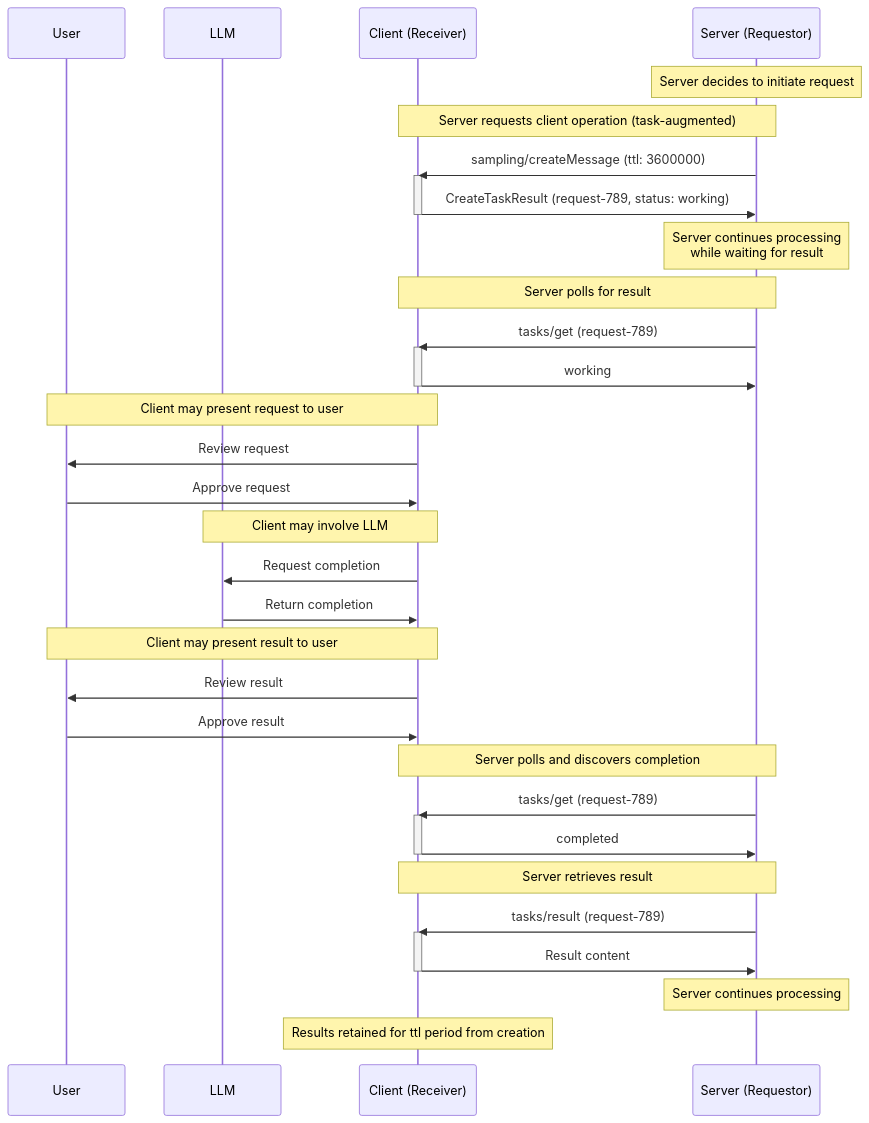
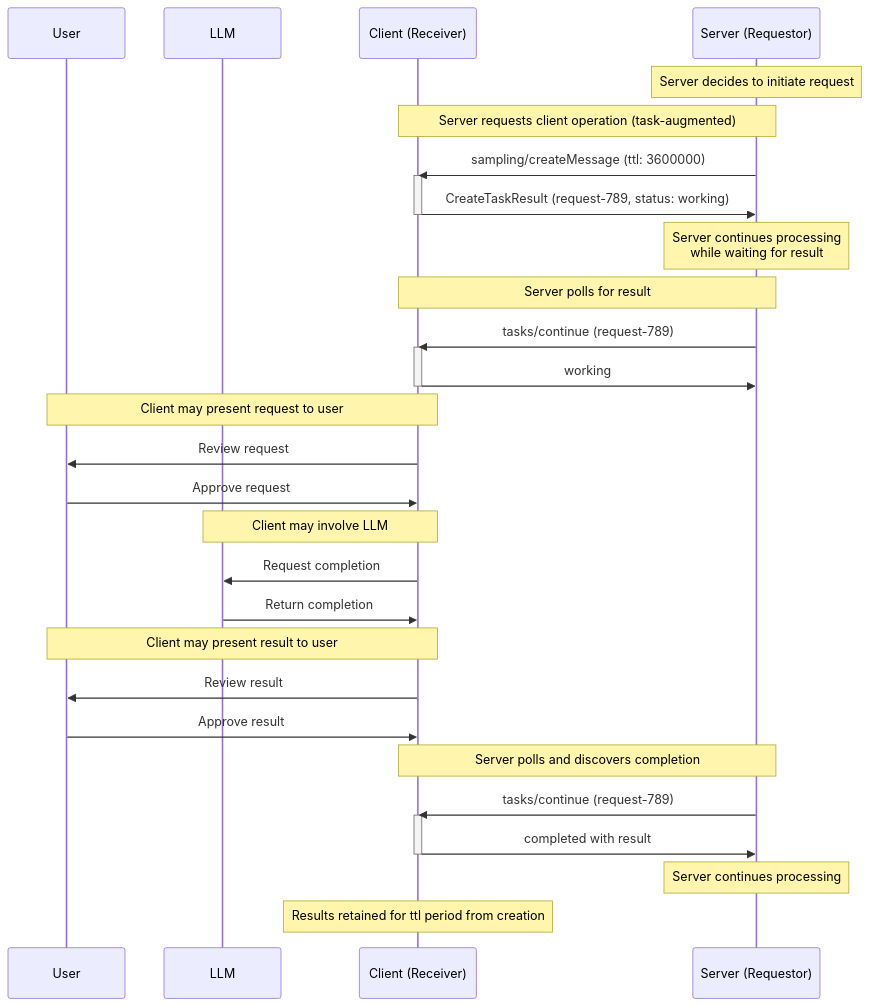
The fourth of 5 diagrams in docs/specification/draft/basic/utilities/tasks.mdx (modelcontextprotocol/modelcontextprotocol), drawn with Mermaid before and after one commit. The commit also changed other lines of this file and 4 other files, not shown here.

````diff
--- a/docs/specification/draft/basic/utilities/tasks.mdx
+++ b/docs/specification/draft/basic/utilities/tasks.mdx
@@ -615,51 +597,45 @@
 ```mermaid
 sequenceDiagram
     participant U as User
     participant LLM
     participant C as Client (Receiver)
     participant S as Server (Requestor)
 
     Note over S: Server decides to initiate request
 
     Note over S,C: Server requests client operation (task-augmented)
     S->>C: sampling/createMessage (ttl: 3600000)
     activate C
     C->>S: CreateTaskResult (request-789, status: working)
     deactivate C
 
     Note over S: Server continues processing<br/>while waiting for result
 
     Note over S,C: Server polls for result
-    S->>C: tasks/get (request-789)
+    S->>C: tasks/continue (request-789)
     activate C
     C->>S: working
     deactivate C
 
     Note over C,U: Client may present request to user
     C->>U: Review request
     U->>C: Approve request
 
     Note over C,LLM: Client may involve LLM
     C->>LLM: Request completion
     LLM->>C: Return completion
 
     Note over C,U: Client may present result to user
     C->>U: Review result
     U->>C: Approve result
 
     Note over S,C: Server polls and discovers completion
-    S->>C: tasks/get (request-789)
+    S->>C: tasks/continue (request-789)
     activate C
-    C->>S: completed
-    deactivate C
-
-    Note over S,C: Server retrieves result
-    S->>C: tasks/result (request-789)
-    activate C
-    C->>S: Result content
+    C->>S: completed with result
     deactivate C
 
     Note over S: Server continues processing
 
     Note over C: Results retained for ttl period from creation
 ```
````
